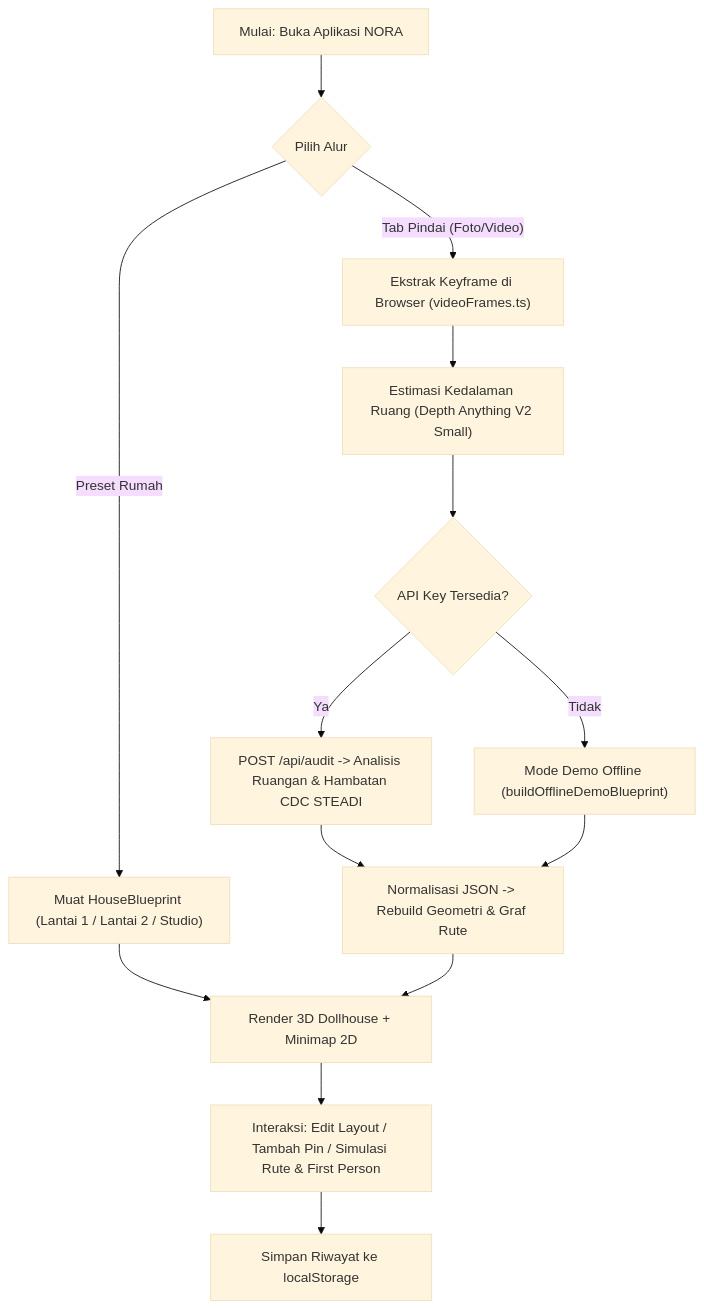
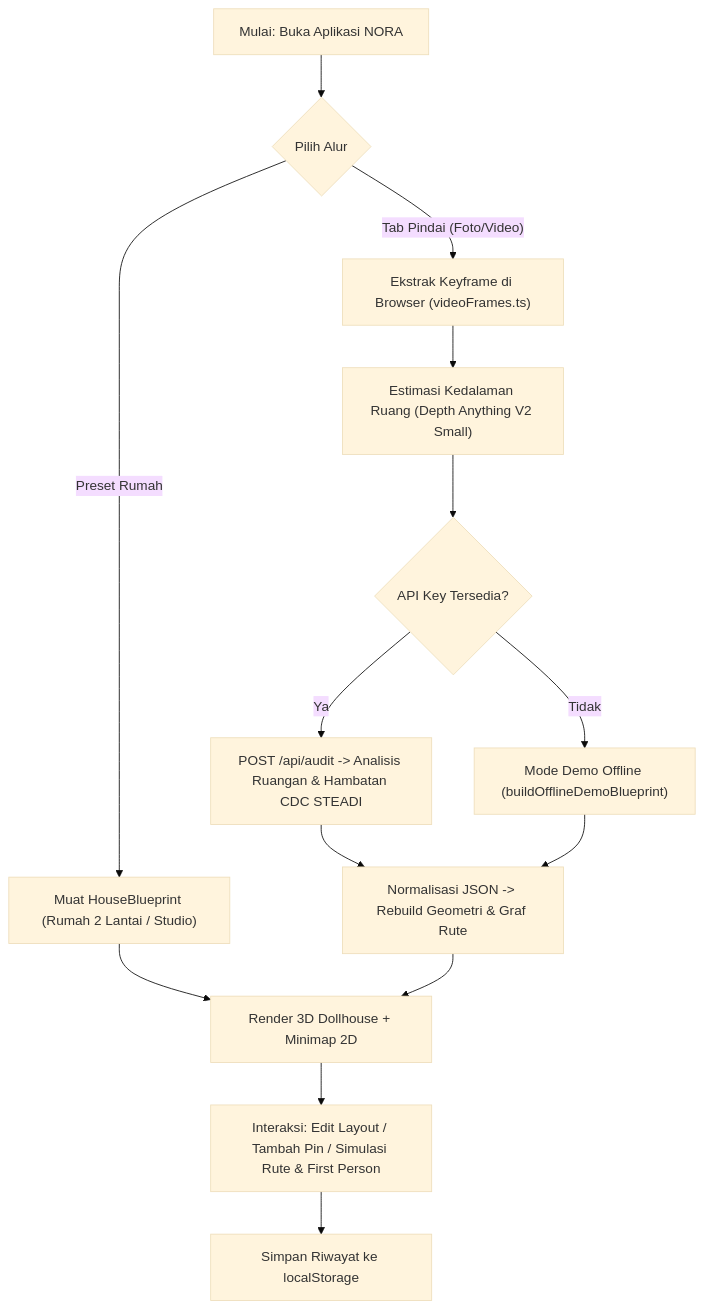
The second of 2 diagrams in README.md (rahmadneedsource/NORA), drawn with Mermaid (base theme) before and after one commit. The commit also changed other lines of this file, not shown here.

````diff
--- a/README.md
+++ b/README.md
@@ -58,16 +62,16 @@
 ```mermaid
 flowchart TD
     A["Mulai: Buka Aplikasi NORA"] --> B{"Pilih Alur"}
-    B -->|"Preset Rumah"| C["Muat HouseBlueprint (Lantai 1 / Lantai 2 / Studio)"]
+    B -->|"Preset Rumah"| C["Muat HouseBlueprint (Rumah 2 Lantai / Studio)"]
     B -->|"Tab Pindai (Foto/Video)"| D["Ekstrak Keyframe di Browser (videoFrames.ts)"]
     D --> E["Estimasi Kedalaman Ruang (Depth Anything V2 Small)"]
     E --> F{"API Key Tersedia?"}
     F -->|"Ya"| G["POST /api/audit -> Analisis Ruangan & Hambatan CDC STEADI"]
     F -->|"Tidak"| H["Mode Demo Offline (buildOfflineDemoBlueprint)"]
     G --> I["Normalisasi JSON -> Rebuild Geometri & Graf Rute"]
     H --> I
     C --> J["Render 3D Dollhouse + Minimap 2D"]
     I --> J
     J --> K["Interaksi: Edit Layout / Tambah Pin / Simulasi Rute & First Person"]
     K --> L["Simpan Riwayat ke localStorage"]
 ```
````
